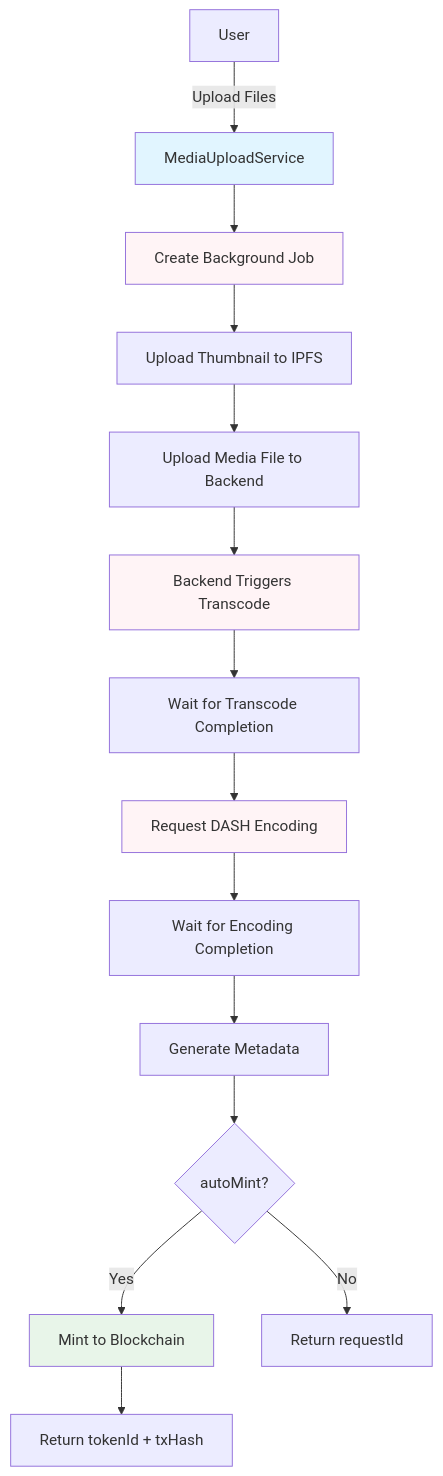
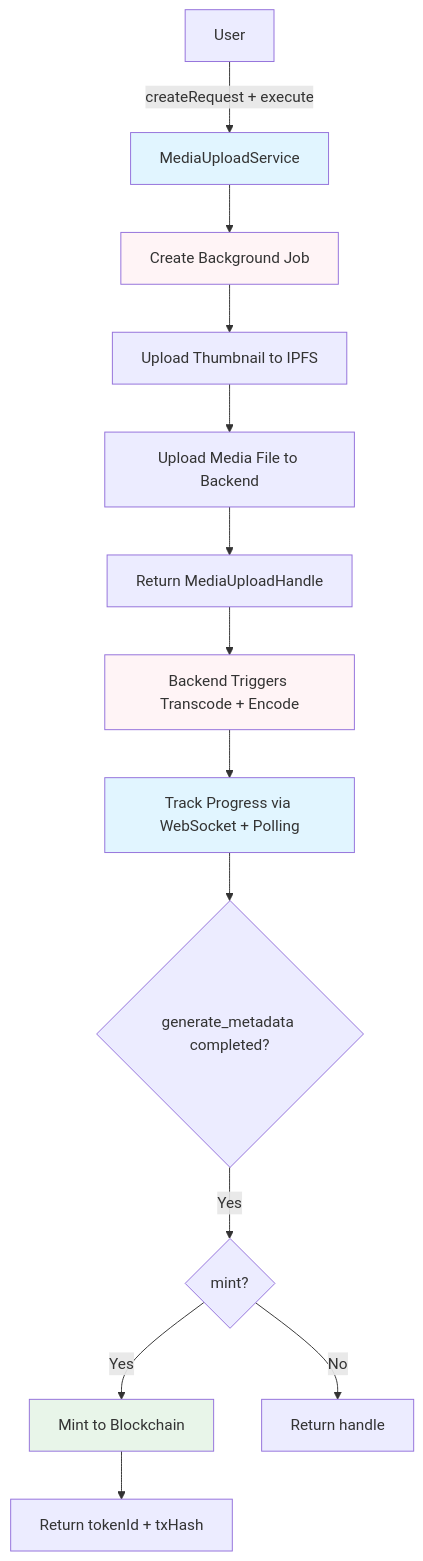
One commit to Elacity/wiki changed the first of 2 diagrams in media-packager/architecture/workflow.md. Above: the diagram before and after it, drawn with Mermaid. The commit also changed other lines of this file and 3 other files, not shown here.

````diff
--- a/media-packager/architecture/workflow.md
+++ b/media-packager/architecture/workflow.md
@@ -11,22 +11,21 @@
 ```mermaid
 flowchart TD
-    A[User] -->|Upload Files| B[MediaUploadService]
+    A[User] -->|createRequest + execute| B[MediaUploadService]
     B --> C[Create Background Job]
     C --> D[Upload Thumbnail to IPFS]
     D --> E[Upload Media File to Backend]
-    E --> F[Backend Triggers Transcode]
-    F --> G[Wait for Transcode Completion]
-    G --> H[Request DASH Encoding]
-    H --> I[Wait for Encoding Completion]
-    I --> J[Generate Metadata]
-    J --> K{autoMint?}
-    K -->|Yes| L[Mint to Blockchain]
-    K -->|No| M[Return requestId]
-    L --> N[Return tokenId + txHash]
-    
+    E --> F[Return MediaUploadHandle]
+    F --> G[Backend Triggers Transcode + Encode]
+    G --> H[Track Progress via WebSocket + Polling]
+    H --> I{generate_metadata completed?}
+    I -->|Yes| J{mint?}
+    J -->|Yes| K[Mint to Blockchain]
+    J -->|No| L[Return handle]
+    K --> M[Return tokenId + txHash]
+
     style B fill:#e1f5ff
     style C fill:#fff4f6
-    style F fill:#fff4f6
-    style H fill:#fff4f6
-    style L fill:#e8f5e9
+    style G fill:#fff4f6
+    style H fill:#e1f5ff
+    style K fill:#e8f5e9
 ```
````
